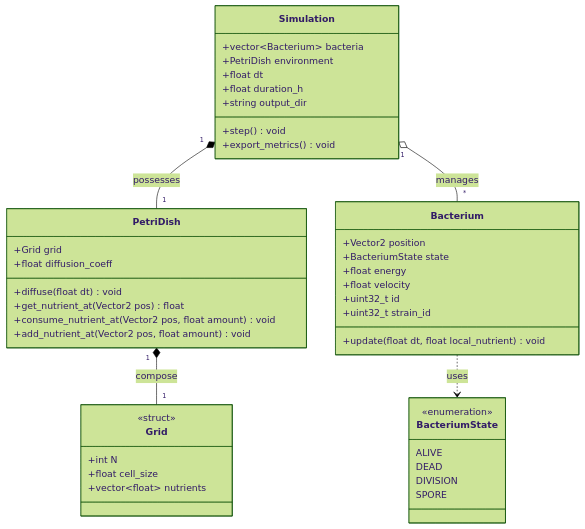
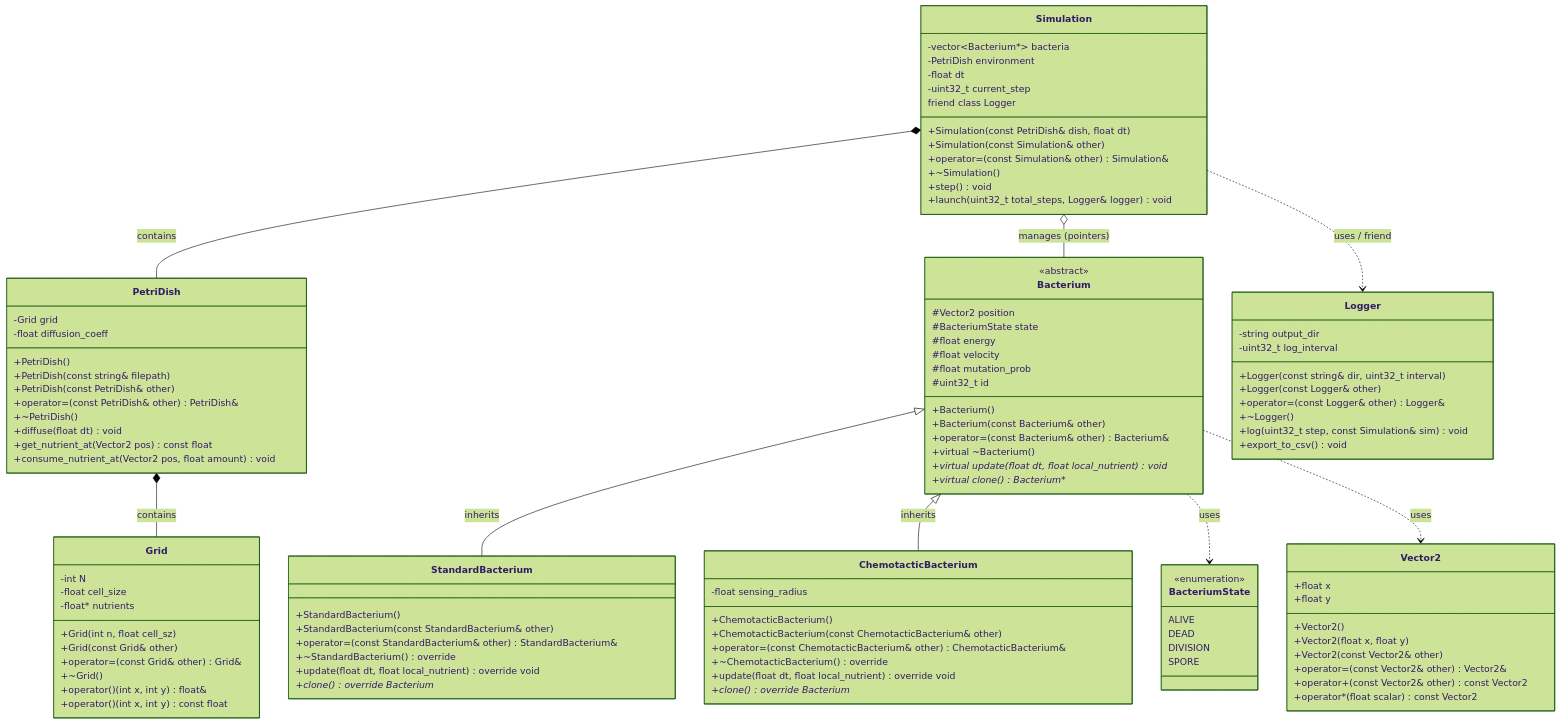
One commit to axelp-dev/BioChroma changed the first of 2 diagrams in docs/ARCHITECTURE.md. Above: the diagram before and after it, drawn with Mermaid (forest theme). The commit also changed other lines of this file, not shown here.

Commit message:
doc(ARCHITECTURE.md): Update this file with all the initial project structure and class diagrams

````diff
--- a/docs/ARCHITECTURE.md
+++ b/docs/ARCHITECTURE.md
@@ -91,4 +69,4 @@
-```mermaid
+```mermaid 
 classDiagram
     class BacteriumState {
         <<enumeration>>
@@ -98,44 +76,108 @@
         SPORE
     }
 
-    class Grid {
-        <<struct>>
-        +int N
-        +float cell_size
-        +vector~float~ nutrients
+    class Vector2 {
+        +float x
+        +float y
+        +Vector2()
+        +Vector2(float x, float y)
+        +Vector2(const Vector2& other)
+        +operator=(const Vector2& other) Vector2&
+        +operator+(const Vector2& other) const Vector2
+        +operator*(float scalar) const Vector2
     }
 
     class Bacterium {
-        +Vector2 position
-        +BacteriumState state
-        +float energy
-        +float velocity
-        +uint32_t id
-        +uint32_t strain_id
-        +update(float dt, float local_nutrient) void
+        <<abstract>>
+        #Vector2 position
+        #BacteriumState state
+        #float energy
+        #float velocity
+        #float mutation_prob
+        #uint32_t id
+        +Bacterium()
+        +Bacterium(const Bacterium& other)
+        +operator=(const Bacterium& other) Bacterium&
+        +virtual ~Bacterium()
+        +virtual update(float dt, float local_nutrient)* void
+        +virtual clone()* Bacterium*
+    }
+
+    class StandardBacterium {
+        +StandardBacterium()
+        +StandardBacterium(const StandardBacterium& other)
+        +operator=(const StandardBacterium& other) StandardBacterium&
+        +~StandardBacterium() override
+        +update(float dt, float local_nutrient) override void
+        +clone() override Bacterium*
+    }
+
+    class ChemotacticBacterium {
+        -float sensing_radius
+        +ChemotacticBacterium()
+        +ChemotacticBacterium(const ChemotacticBacterium& other)
+        +operator=(const ChemotacticBacterium& other) ChemotacticBacterium&
+        +~ChemotacticBacterium() override
+        +update(float dt, float local_nutrient) override void
+        +clone() override Bacterium*
+    }
+
+    class Grid {
+        -int N
+        -float cell_size
+        -float* nutrients
+        +Grid(int n, float cell_sz)
+        +Grid(const Grid& other)
+        +operator=(const Grid& other) Grid&
+        +~Grid()
+        +operator()(int x, int y) float&
+        +operator()(int x, int y) const float
     }
 
     class PetriDish {
-        +Grid grid
-        +float diffusion_coeff
+        -Grid grid
+        -float diffusion_coeff
+        +PetriDish()
+        +PetriDish(const string& filepath)
+        +PetriDish(const PetriDish& other)
+        +operator=(const PetriDish& other) PetriDish&
+        +~PetriDish()
         +diffuse(float dt) void
-        +get_nutrient_at(Vector2 pos) float
+        +get_nutrient_at(Vector2 pos) const float
         +consume_nutrient_at(Vector2 pos, float amount) void
-        +add_nutrient_at(Vector2 pos, float amount) void
+    }
+
+    class Logger {
+        -string output_dir
+        -uint32_t log_interval
+        +Logger(const string& dir, uint32_t interval)
+        +Logger(const Logger& other)
+        +operator=(const Logger& other) Logger&
+        +~Logger()
+        +log(uint32_t step, const Simulation& sim) void
+        +export_to_csv() void
     }
 
     class Simulation {
-        +vector~Bacterium~ bacteria
-        +PetriDish environment
-        +float dt
-        +float duration_h
-        +string output_dir
+        -vector~Bacterium*~ bacteria
+        -PetriDish environment
+        -float dt
+        -uint32_t current_step
+        +Simulation(const PetriDish& dish, float dt)
+        +Simulation(const Simulation& other)
+        +operator=(const Simulation& other) Simulation&
+        +~Simulation()
         +step() void
-        +export_metrics() void
+        +launch(uint32_t total_steps, Logger& logger) void
+        friend class Logger
     }
 
-    PetriDish "1" *-- "1" Grid : compose
-    Simulation "1" *-- "1" PetriDish : possesses
-    Simulation "1" o-- "*" Bacterium : manages
+    Bacterium <|-- StandardBacterium : inherits
+    Bacterium <|-- ChemotacticBacterium : inherits
+    PetriDish *-- Grid : contains
+    Simulation *-- PetriDish : contains
+    Simulation o-- Bacterium : manages (pointers)
+    Simulation ..> Logger : uses / friend
     Bacterium ..> BacteriumState : uses
+    Bacterium ..> Vector2 : uses
 ```
````
